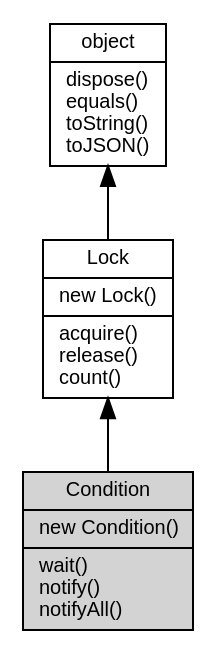
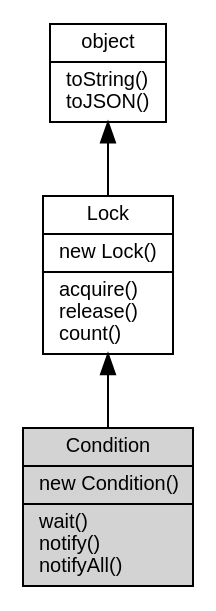
One commit to asionius/fibjs-ceph changed the diagram in docs/object/ifs/Condition.md. Above: the diagram before and after it, drawn with Graphviz. The commit also changed other lines of this file and 138 other files, not shown here.

````diff
--- a/docs/object/ifs/Condition.md
+++ b/docs/object/ifs/Condition.md
@@ -45,12 +45,12 @@
 ```dot
 digraph {
     node [fontname="Helvetica,sans-Serif", fontsize=10, shape="record", style="filled", fillcolor="white"];
 
-    object [tooltip="object", URL="object.md", label="{object|dispose()\lequals()\ltoString()\ltoJSON()\l}"];
+    object [tooltip="object", URL="object.md", label="{object|toString()\ltoJSON()\l}"];
     Lock [tooltip="Lock", URL="Lock.md", label="{Lock|new Lock()\l|acquire()\lrelease()\lcount()\l}"];
-    Condition [tooltip="Condition", fillcolor="lightgray", label="{Condition|new Condition()\l|wait()\lnotify()\lnotifyAll()\l}"];
+    Condition [tooltip="Condition", fillcolor="lightgray", id="me", label="{Condition|new Condition()\l|wait()\lnotify()\lnotifyAll()\l}"];
 
     object -> Lock [dir=back];
     Lock -> Condition [dir=back];
 }
 ```
````
